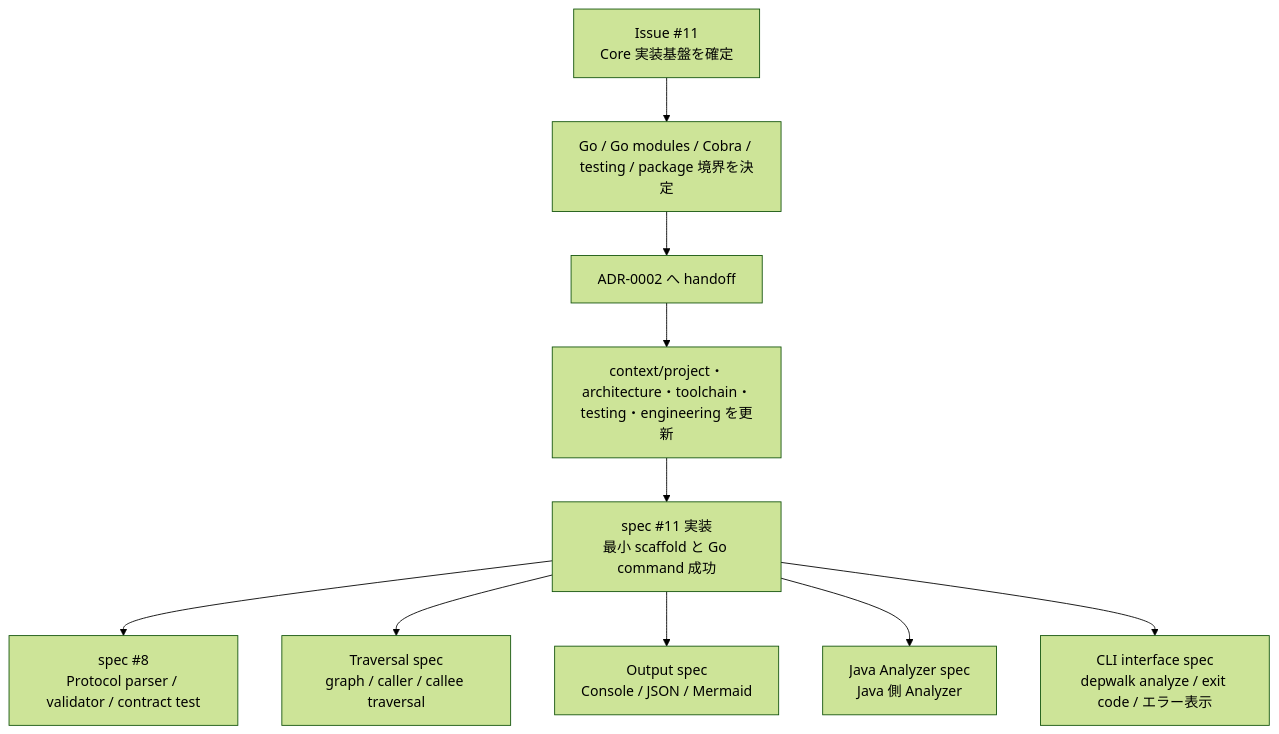
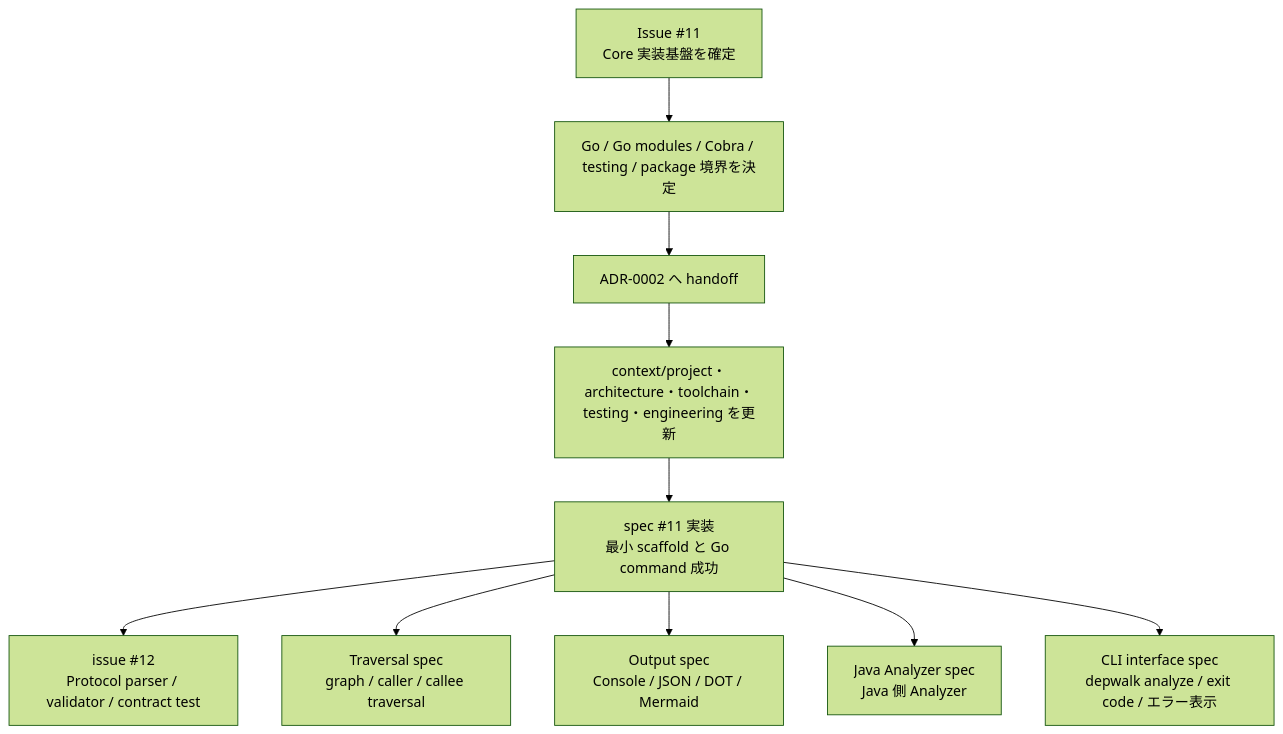
One commit to Fukuemon/depwalk changed the first of 2 diagrams in specs/11-core-implementation-foundation/index.md. Above: the diagram before and after it, drawn with Mermaid (forest theme). The commit also changed other lines of this file and 6 other files, not shown here.

````diff
--- a/specs/11-core-implementation-foundation/index.md
+++ b/specs/11-core-implementation-foundation/index.md
@@ -359,12 +365,12 @@
 ```mermaid
 flowchart TD
     issue["Issue #11<br/>Core 実装基盤を確定"] --> decide["Go / Go modules / Cobra / testing / package 境界を決定"]
     decide --> adr["ADR-0002 へ handoff"]
     adr --> context["context/project・architecture・toolchain・testing・engineering を更新"]
     context --> scaffold["spec #11 実装<br/>最小 scaffold と Go command 成功"]
-    scaffold --> spec8["spec #8<br/>Protocol parser / validator / contract test"]
+    scaffold --> issue12["issue #12<br/>Protocol parser / validator / contract test"]
     scaffold --> traversal["Traversal spec<br/>graph / caller / callee traversal"]
-    scaffold --> output["Output spec<br/>Console / JSON / Mermaid"]
+    scaffold --> output["Output spec<br/>Console / JSON / DOT / Mermaid"]
     scaffold --> java["Java Analyzer spec<br/>Java 側 Analyzer"]
     scaffold --> cli["CLI interface spec<br/>depwalk analyze / exit code / エラー表示"]
 ```
````
